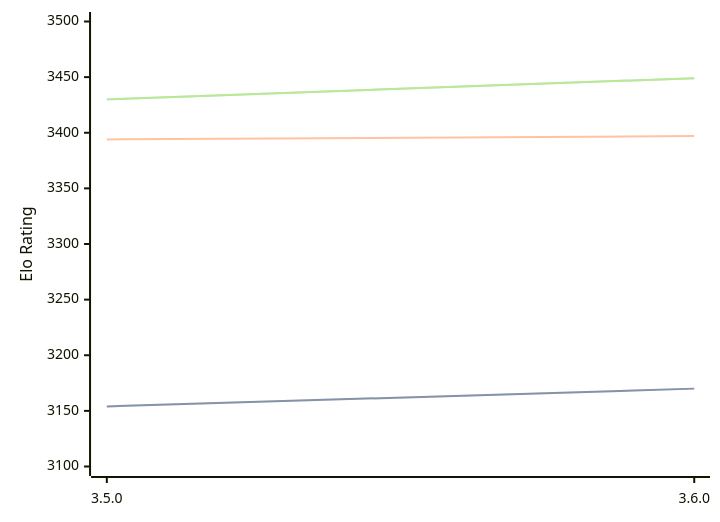
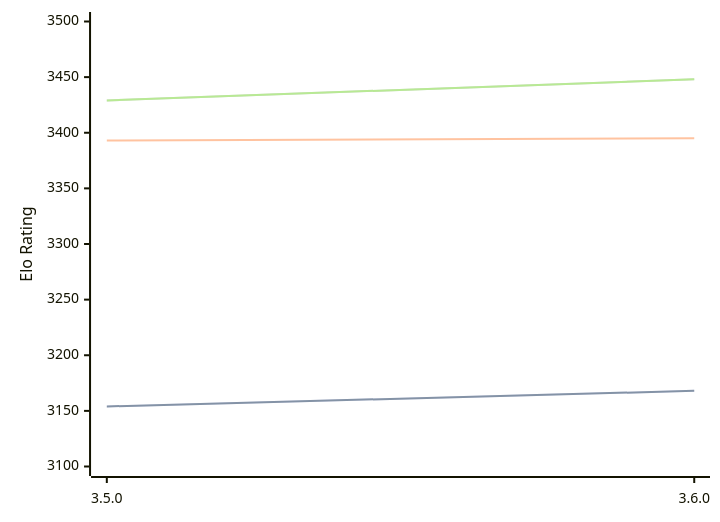
One commit to computer-chess-index/cci changed the diagram in engines/Igel.md. Above: the diagram before and after it, drawn with Mermaid. The commit also changed other lines of this file, not shown here.

Commit message:
Update CCI Ratings (ELO VLTC) - 2026-08-03

````diff
--- a/engines/Igel.md
+++ b/engines/Igel.md
@@ -68,11 +68,11 @@
 ```mermaid
 %%{init: {"theme":"base","themeVariables":{"seriesColors:['#a3a3a3','#222221','#faa371']}}}%%
 xychart-beta
   x-axis ["3.5.0", "3.6.0"]
   y-axis "Elo Rating" 3100 --> 3500
-  line "STC (8.0+0.08s)" [3154, 3170]
-  line "STC (8.0+0.08s)" [3154, 3170]
-  line "LTC (60.0+0.60s)" [3394, 3397]
-  line "VLTC (2m24s+1.12s)" [3430, 3449]
-  line "VLTC (2m24s+1.12s)" [3430, 3449]
+  line "STC (8.0+0.08s)" [3154, 3168]
+  line "STC (8.0+0.08s)" [3154, 3168]
+  line "LTC (60.0+0.60s)" [3393, 3395]
+  line "VLTC (2m24s+1.12s)" [3429, 3448]
+  line "VLTC (2m24s+1.12s)" [3429, 3448]
 ```
````
